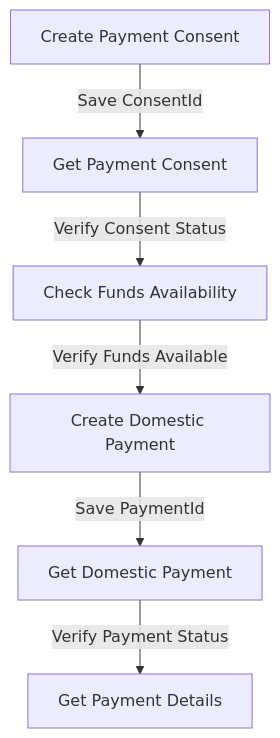
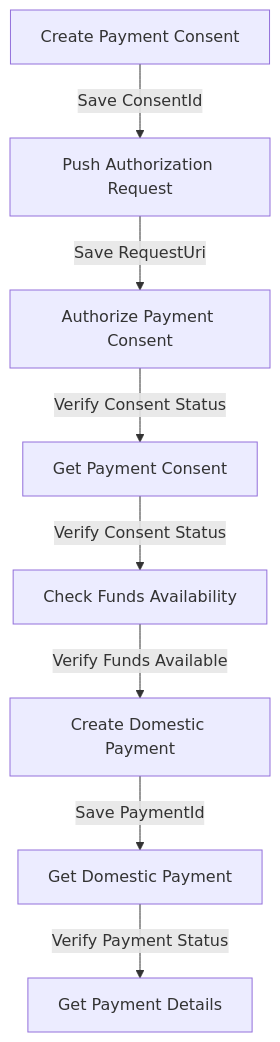
Before and after one commit to TykTechnologies/tyk-fapi: the diagram in tyk-bank/src/uk/payment-initiation/postman-collection.md, drawn with Mermaid. The commit also changed other lines of this file and 2 other files, not shown here.

````diff
--- a/tyk-bank/src/uk/payment-initiation/postman-collection.md
+++ b/tyk-bank/src/uk/payment-initiation/postman-collection.md
@@ -32,8 +32,10 @@
 ```mermaid
 graph TD
-    A[Create Payment Consent] -->|Save ConsentId| B[Get Payment Consent]
-    B -->|Verify Consent Status| C[Check Funds Availability]
-    C -->|Verify Funds Available| D[Create Domestic Payment]
-    D -->|Save PaymentId| E[Get Domestic Payment]
-    E -->|Verify Payment Status| F[Get Payment Details]
+    A[Create Payment Consent] -->|Save ConsentId| B[Push Authorization Request]
+    B -->|Save RequestUri| C[Authorize Payment Consent]
+    C -->|Verify Consent Status| D[Get Payment Consent]
+    D -->|Verify Consent Status| E[Check Funds Availability]
+    E -->|Verify Funds Available| F[Create Domestic Payment]
+    F -->|Save PaymentId| G[Get Domestic Payment]
+    G -->|Verify Payment Status| H[Get Payment Details]
 ```
````
